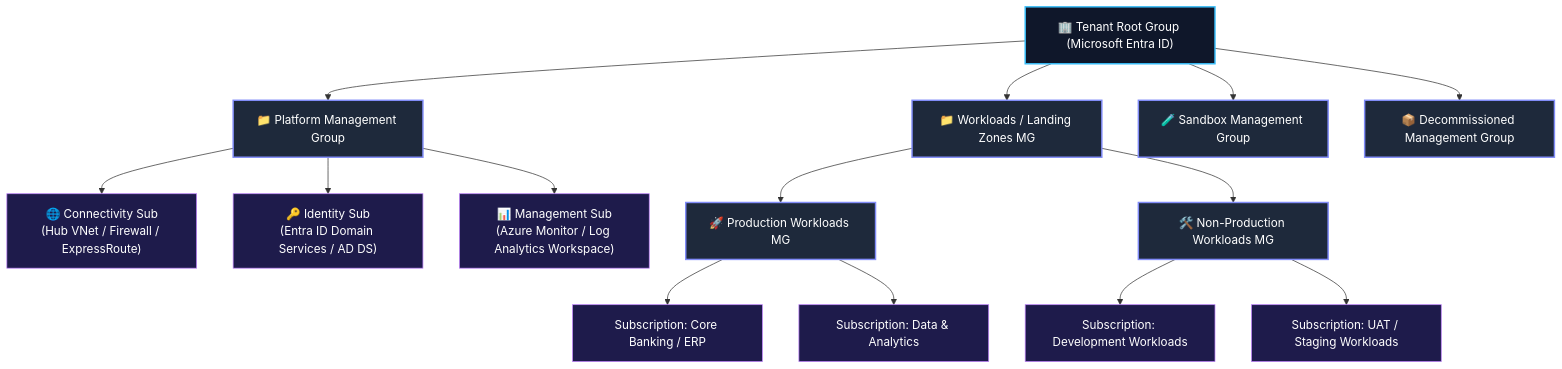
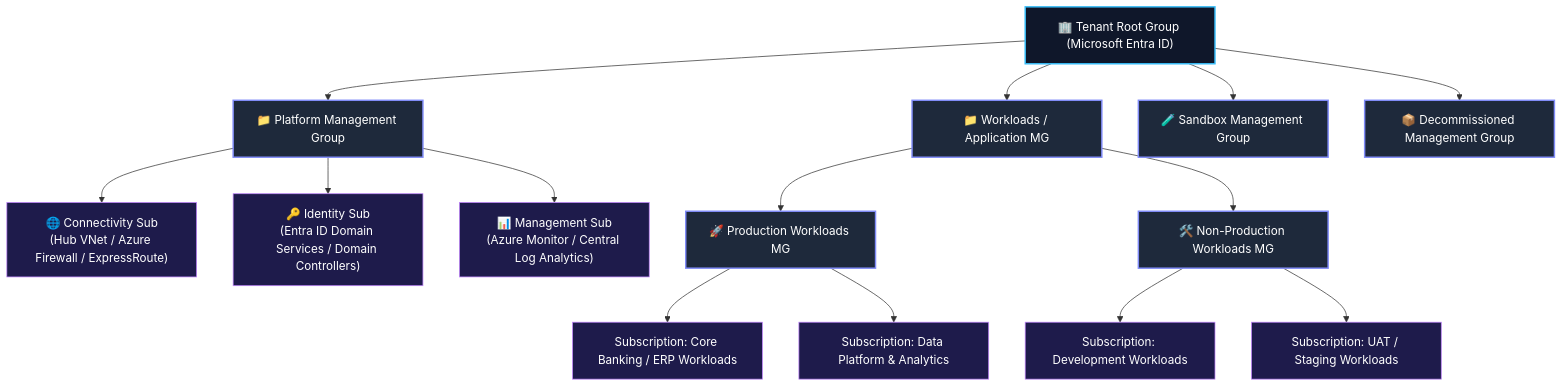
The first of 4 diagrams in README.md (aahmad39/aahmad39), drawn with Mermaid before and after one commit. The commit also changed other lines of this file, not shown here.

Commit message:
docs: fully expose architectural checklists, CAF frameworks, and deep domain sections with clean aesthetic layouts

````diff
--- a/README.md
+++ b/README.md
@@ -125,28 +136,28 @@
 ```mermaid
 graph TD
     Root["🏢 Tenant Root Group (Microsoft Entra ID)"]
     
     Root --> PlatformMG["📁 Platform Management Group"]
-    Root --> WorkloadsMG["📁 Workloads / Landing Zones MG"]
+    Root --> WorkloadsMG["📁 Workloads / Application MG"]
     Root --> SandboxMG["🧪 Sandbox Management Group"]
     Root --> DecomMG["📦 Decommissioned Management Group"]
 
-    PlatformMG --> ConnSub["🌐 Connectivity Sub\n(Hub VNet / Firewall / ExpressRoute)"]
-    PlatformMG --> IdentitySub["🔑 Identity Sub\n(Entra ID Domain Services / AD DS)"]
-    PlatformMG --> MgmtSub["📊 Management Sub\n(Azure Monitor / Log Analytics Workspace)"]
+    PlatformMG --> ConnSub["🌐 Connectivity Sub\n(Hub VNet / Azure Firewall / ExpressRoute)"]
+    PlatformMG --> IdentitySub["🔑 Identity Sub\n(Entra ID Domain Services / Domain Controllers)"]
+    PlatformMG --> MgmtSub["📊 Management Sub\n(Azure Monitor / Central Log Analytics)"]
 
     WorkloadsMG --> ProdMG["🚀 Production Workloads MG"]
     WorkloadsMG --> NonProdMG["🛠️ Non-Production Workloads MG"]
 
-    ProdMG --> AppSub1["Subscription: Core Banking / ERP"]
-    ProdMG --> AppSub2["Subscription: Data & Analytics"]
+    ProdMG --> AppSub1["Subscription: Core Banking / ERP Workloads"]
+    ProdMG --> AppSub2["Subscription: Data Platform & Analytics"]
     NonProdMG --> DevSub["Subscription: Development Workloads"]
     NonProdMG --> UATSub["Subscription: UAT / Staging Workloads"]
 
     classDef rootStyle fill:#0f172a,stroke:#38bdf8,stroke-width:2px,color:#fff;
     classDef mgStyle fill:#1e293b,stroke:#818cf8,stroke-width:2px,color:#fff;
     classDef subStyle fill:#1e1b4b,stroke:#c084fc,stroke-width:1px,color:#fff;
     class Root rootStyle;
     class PlatformMG,WorkloadsMG,SandboxMG,DecomMG,ProdMG,NonProdMG mgStyle;
     class ConnSub,IdentitySub,MgmtSub,AppSub1,AppSub2,DevSub,UATSub subStyle;
 ```
````
